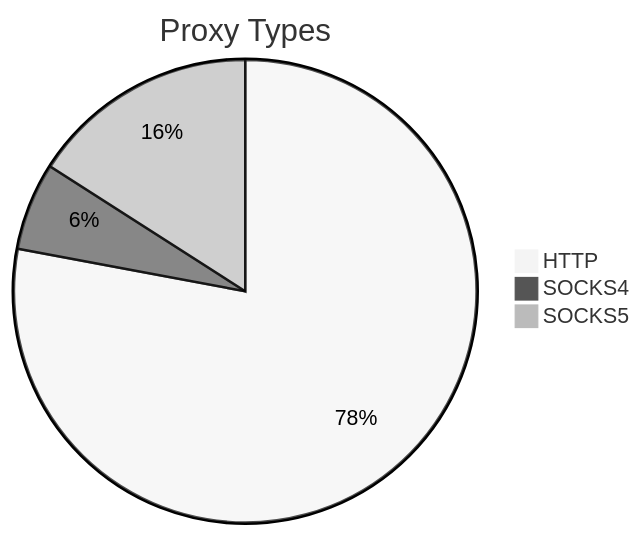
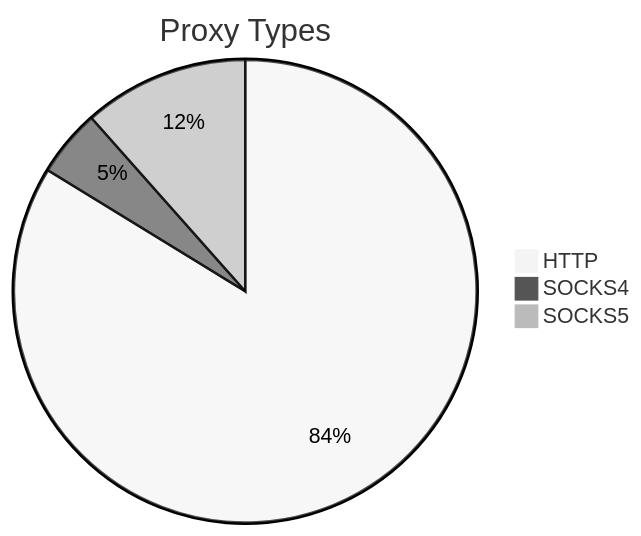
One commit to stormsia/proxy-list changed the first of 2 diagrams in README.md. Above: the diagram before and after it, drawn with Mermaid (neutral theme). The commit also changed other lines of this file, not shown here.

````diff
--- a/README.md
+++ b/README.md
@@ -21,6 +21,6 @@
 ```mermaid
 pie title Proxy Types
-    "HTTP" : 484
-    "SOCKS4" : 38
-    "SOCKS5" : 99
+    "HTTP" : 464
+    "SOCKS4" : 26
+    "SOCKS5" : 64
 ```
````
